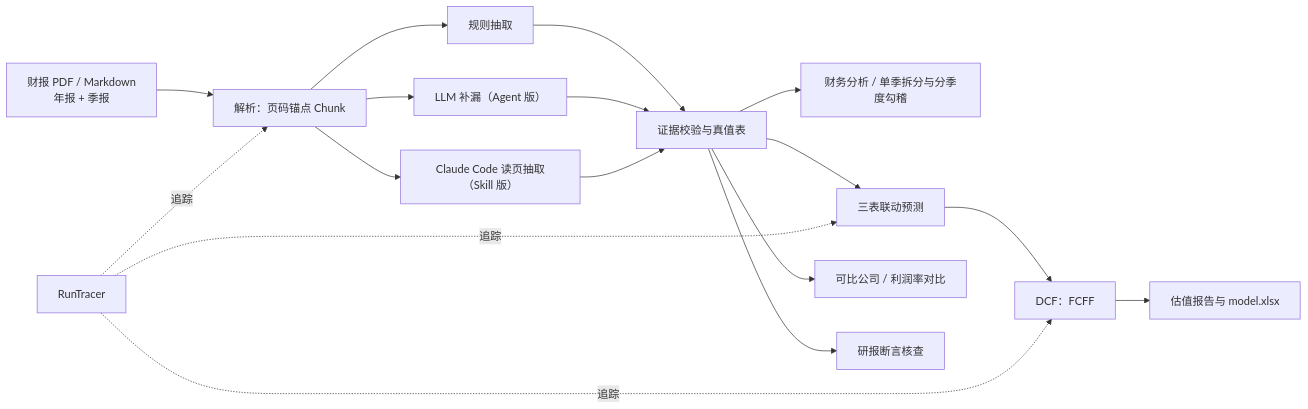
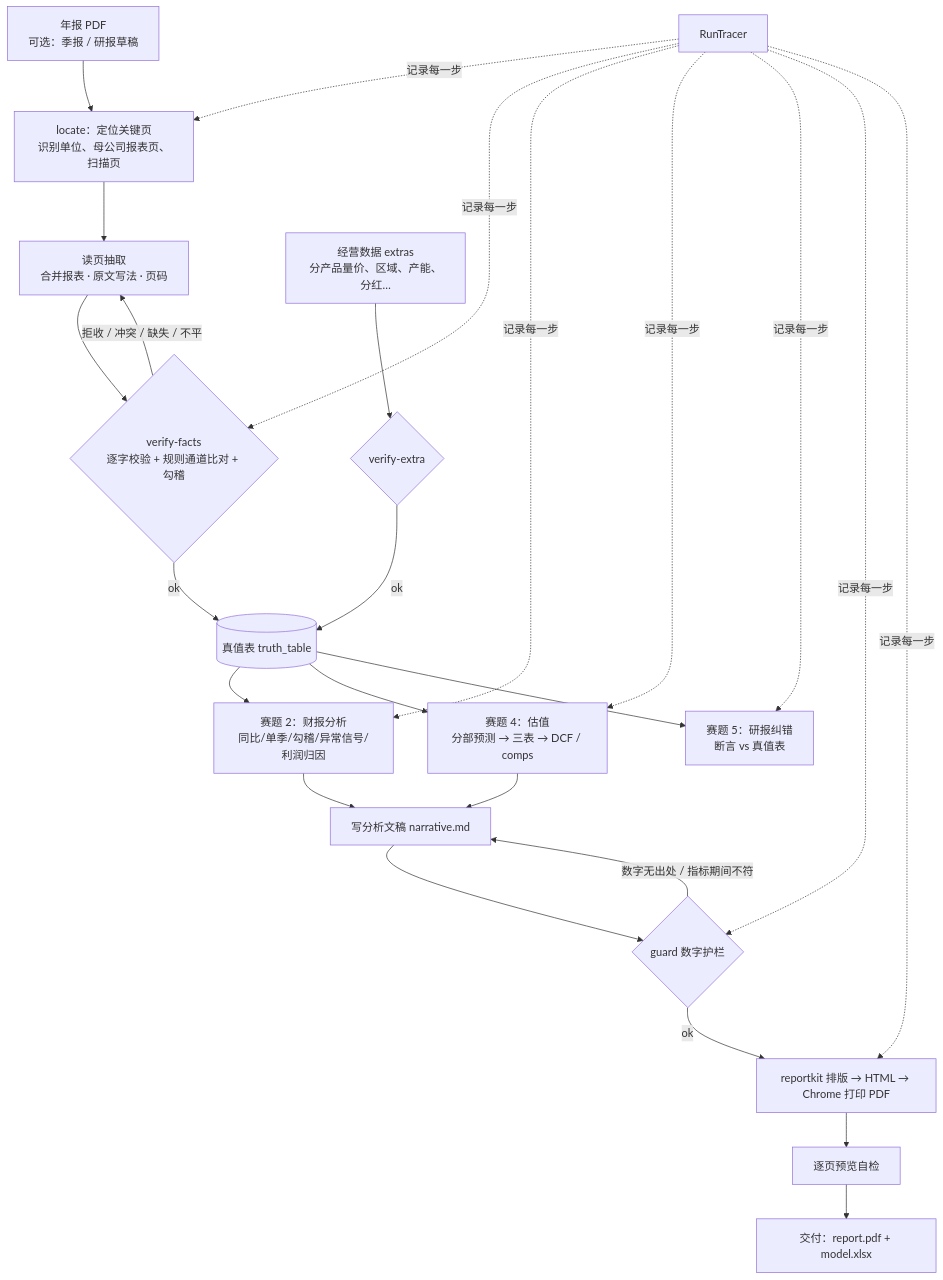
Before and after one commit to MochiaoChen/LEDGER: the first of 6 diagrams in README.md, drawn with Mermaid. The commit also changed other lines of this file and 29 other files, not shown here.

````diff
--- a/README.md
+++ b/README.md
@@ -51,19 +81,21 @@
 ```mermaid
-flowchart LR
-    A[财报 PDF / Markdown<br/>年报 + 季报] --> B[解析：页码锚点 Chunk]
-    B --> C[规则抽取]
-    B --> D[LLM 补漏（Agent 版）]
-    B --> D2[Claude Code 读页抽取（Skill 版）]
-    C --> E[证据校验与真值表]
-    D --> E
-    D2 --> E
-    E --> F[财务分析 / 单季拆分与分季度勾稽]
-    E --> G[三表联动预测]
-    G --> H[DCF：FCFF]
-    H --> I[估值报告与 model.xlsx]
-    E --> L[可比公司 / 利润率对比]
-    E --> J[研报断言核查]
-    K[RunTracer] -.追踪.-> B
-    K -.追踪.-> G
-    K -.追踪.-> H
+flowchart TD
+    A[年报 PDF<br/>可选：季报 / 研报草稿] --> B[locate：定位关键页<br/>识别单位、母公司报表页、扫描页]
+    B --> C[读页抽取<br/>合并报表 · 原文写法 · 页码]
+    C --> D{verify-facts<br/>逐字校验 + 规则通道比对 + 勾稽}
+    D -- 拒收 / 冲突 / 缺失 / 不平 --> C
+    D -- ok --> E[(真值表 truth_table)]
+    C2[经营数据 extras<br/>分产品量价、区域、产能、分红…] --> D2{verify-extra}
+    D2 -- ok --> E
+    E --> F[赛题 2：财报分析<br/>同比/单季/勾稽/异常信号/利润归因]
+    E --> G[赛题 4：估值<br/>分部预测 → 三表 → DCF / comps]
+    E --> H[赛题 5：研报纠错<br/>断言 vs 真值表]
+    F --> I[写分析文稿 narrative.md]
+    G --> I
+    I --> J{guard 数字护栏}
+    J -- 数字无出处 / 指标期间不符 --> I
+    J -- ok --> K[reportkit 排版 → HTML → Chrome 打印 PDF]
+    K --> L[逐页预览自检]
+    L --> M[交付：report.pdf + model.xlsx]
+    T[RunTracer] -.记录每一步.-> B & D & F & G & H & J & K
 ```
````
